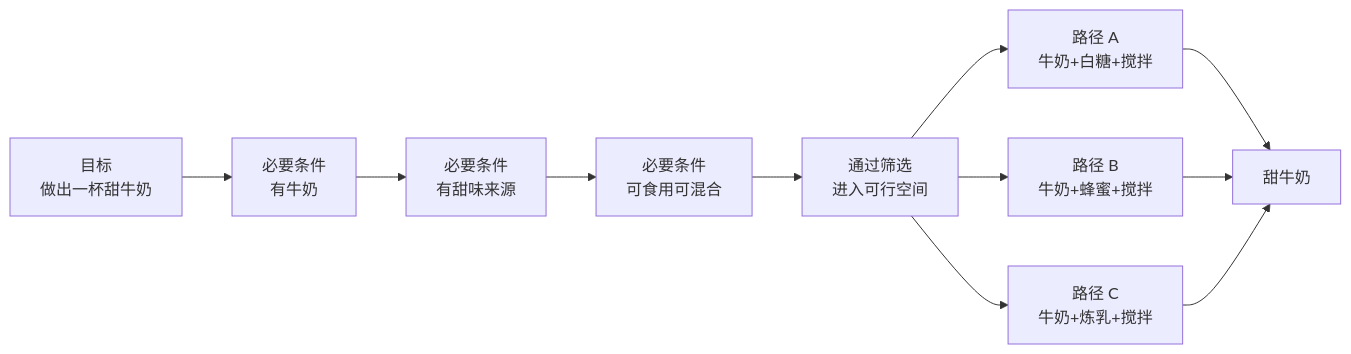
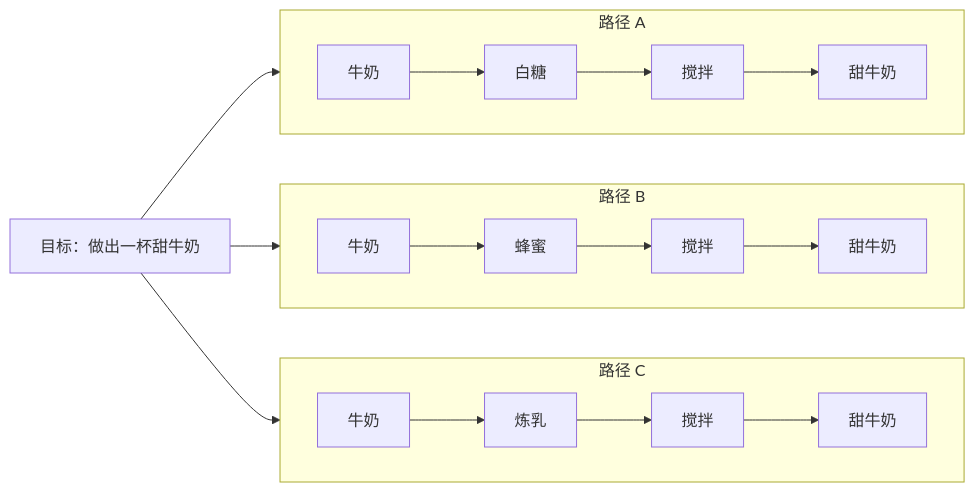
The second of 2 diagrams in docs/GOAL.md (morewhyhan/Ignite), drawn with Mermaid before and after one commit. The commit also changed 1 other file, not shown here.

Commit message:
docs: show every necessary condition inside each path

````diff
--- a/docs/GOAL.md
+++ b/docs/GOAL.md
@@ -141,14 +141,19 @@
 ```mermaid
 flowchart LR
-  G["目标<br/>做出一杯甜牛奶"]
-  G --> C1["必要条件<br/>有牛奶"]
-  C1 --> C2["必要条件<br/>有甜味来源"]
-  C2 --> C3["必要条件<br/>可食用可混合"]
-  C3 --> F["通过筛选<br/>进入可行空间"]
-  F --> A["路径 A<br/>牛奶+白糖+搅拌"]
-  F --> B["路径 B<br/>牛奶+蜂蜜+搅拌"]
-  F --> C["路径 C<br/>牛奶+炼乳+搅拌"]
-  A --> R["甜牛奶"]
-  B --> R
-  C --> R
+  G["目标：做出一杯甜牛奶"]
+  subgraph PA["路径 A"]
+    direction LR
+    A1["牛奶"] --> A2["白糖"] --> A3["搅拌"] --> AR["甜牛奶"]
+  end
+  subgraph PB["路径 B"]
+    direction LR
+    B1["牛奶"] --> B2["蜂蜜"] --> B3["搅拌"] --> BR["甜牛奶"]
+  end
+  subgraph PC["路径 C"]
+    direction LR
+    C1["牛奶"] --> C2["炼乳"] --> C3["搅拌"] --> CR["甜牛奶"]
+  end
+  G --> PA
+  G --> PB
+  G --> PC
 ```
````
